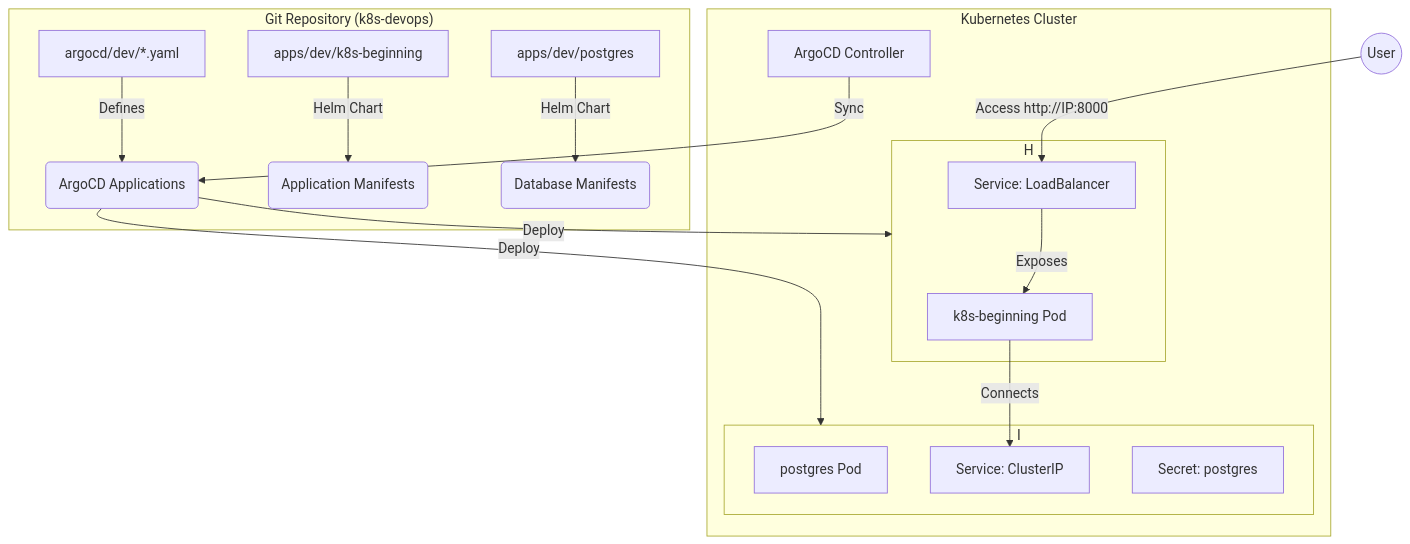
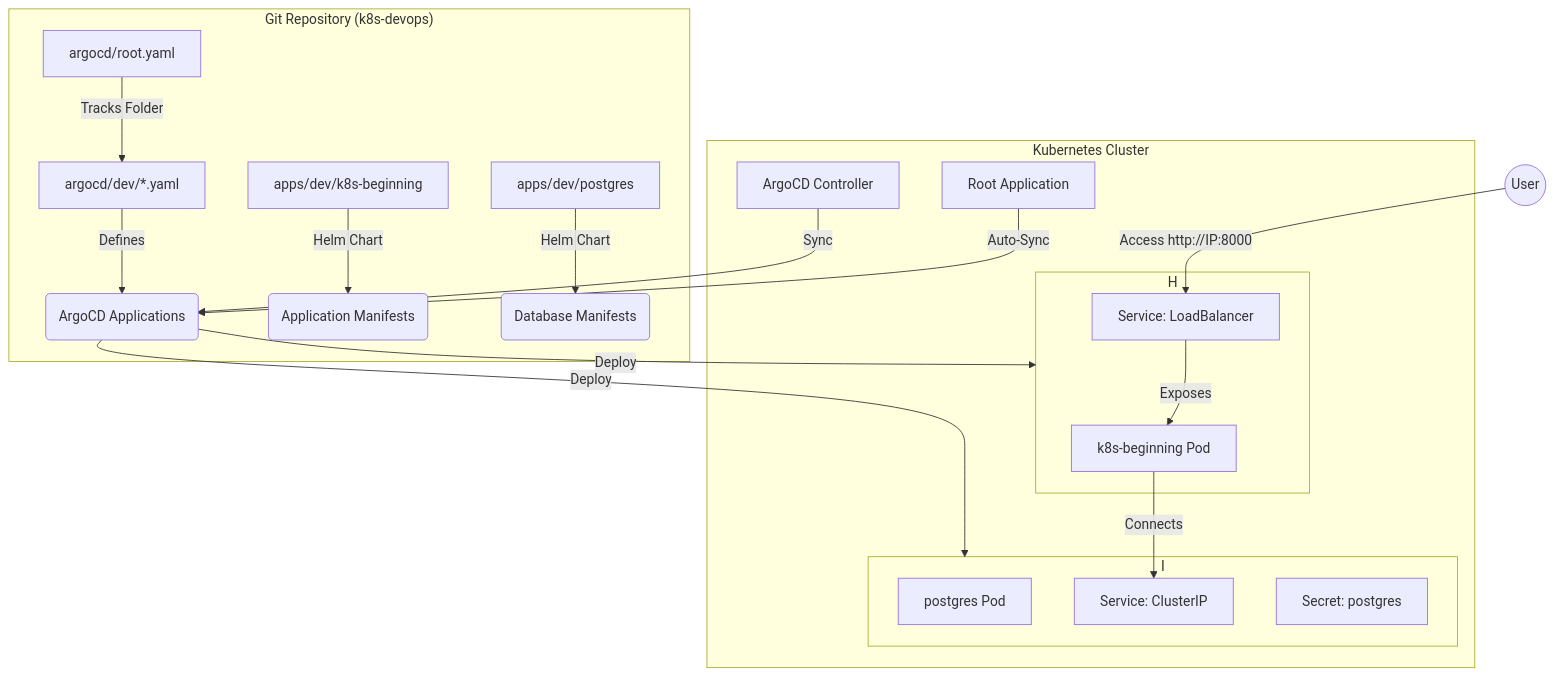
Before and after one commit to besanh/k8s-devops: the diagram in README.md, drawn with Mermaid. The commit also changed other lines of this file and 2 other files, not shown here.

Commit message:
docs: finalize full automation documentation with App of Apps pattern

````diff
--- a/README.md
+++ b/README.md
@@ -9,30 +9,32 @@
 ```mermaid
 graph TD
     subgraph "Git Repository (k8s-devops)"
+        R[argocd/root.yaml] -->|Tracks Folder| A
         A[argocd/dev/*.yaml] -->|Defines| B(ArgoCD Applications)
         C[apps/dev/k8s-beginning] -->|Helm Chart| D(Application Manifests)
         E[apps/dev/postgres] -->|Helm Chart| F(Database Manifests)
     end
 
     subgraph "Kubernetes Cluster"
+        Root[Root Application] -->|Auto-Sync| B
         G[ArgoCD Controller] -->|Sync| B
         B -->|Deploy| H[k8s-beginning-dev Namespace]
         B -->|Deploy| I[dev Namespace]
         
         subgraph H
             J[k8s-beginning Pod]
             K[Service: LoadBalancer]
         end
         
         subgraph I
             L[postgres Pod]
             M[Service: ClusterIP]
             N[Secret: postgres]
         end
         
         J -->|Connects| M
         K -->|Exposes| J
     end
 
     User((User)) -->|Access http://IP:8000| K
 ```
````
